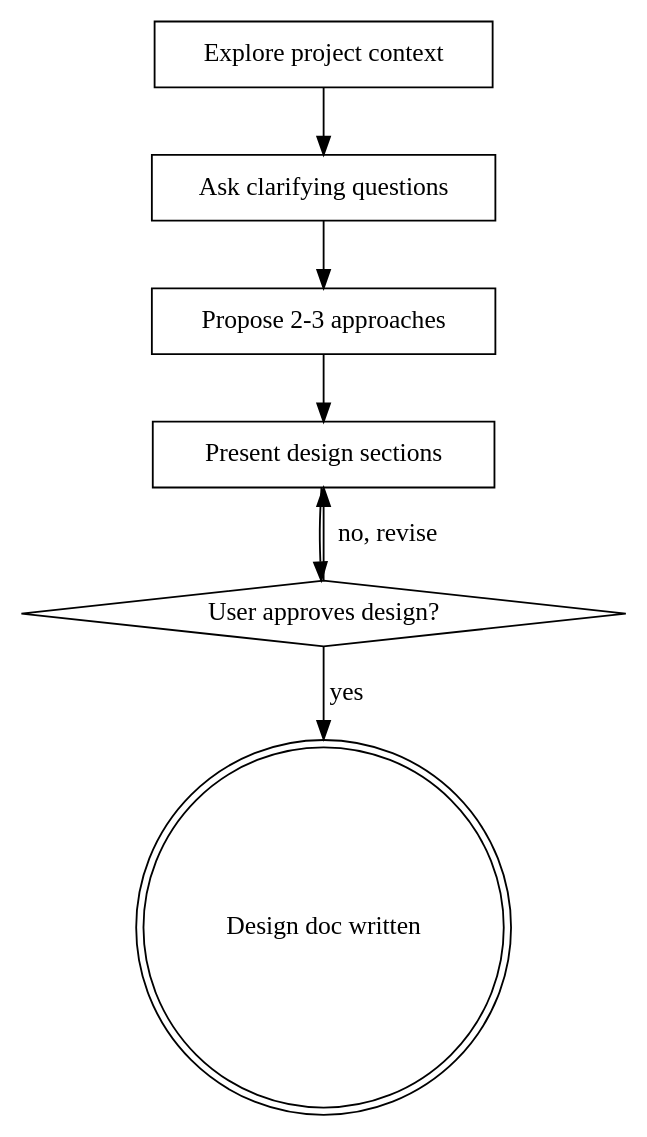
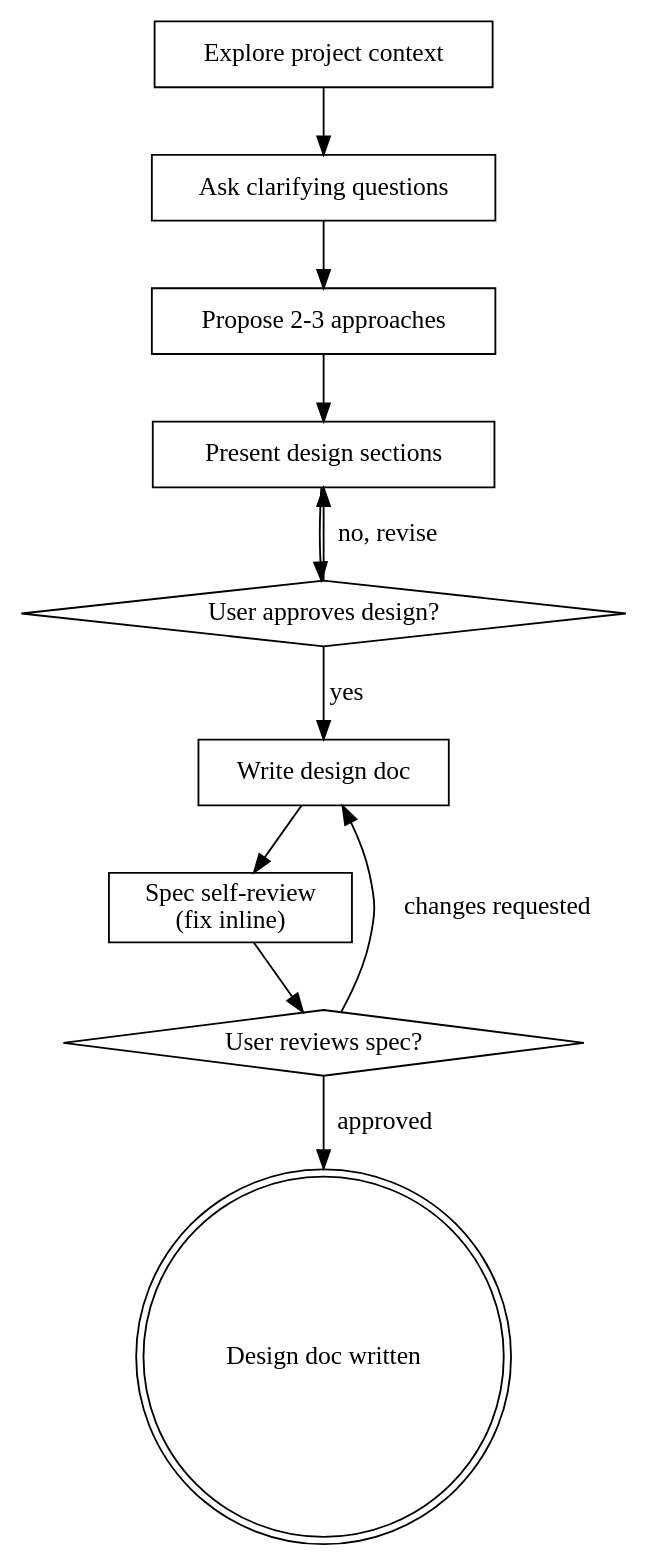
Before and after one commit to cinjoff/fhhs-skills: the diagram in skills/brainstorming/PROMPT.md, drawn with Graphviz. The commit also changed other lines of this file and 147 other files, not shown here.

````diff
--- a/skills/brainstorming/PROMPT.md
+++ b/skills/brainstorming/PROMPT.md
@@ -37,17 +35,24 @@
 ```dot
 digraph brainstorming {
     "Explore project context" [shape=box];
     "Ask clarifying questions" [shape=box];
     "Propose 2-3 approaches" [shape=box];
     "Present design sections" [shape=box];
     "User approves design?" [shape=diamond];
+    "Write design doc" [shape=box];
+    "Spec self-review\n(fix inline)" [shape=box];
+    "User reviews spec?" [shape=diamond];
     "Design doc written" [shape=doublecircle];
 
     "Explore project context" -> "Ask clarifying questions";
     "Ask clarifying questions" -> "Propose 2-3 approaches";
     "Propose 2-3 approaches" -> "Present design sections";
     "Present design sections" -> "User approves design?";
     "User approves design?" -> "Present design sections" [label="no, revise"];
-    "User approves design?" -> "Design doc written" [label="yes"];
+    "User approves design?" -> "Write design doc" [label="yes"];
+    "Write design doc" -> "Spec self-review\n(fix inline)";
+    "Spec self-review\n(fix inline)" -> "User reviews spec?";
+    "User reviews spec?" -> "Write design doc" [label="changes requested"];
+    "User reviews spec?" -> "Design doc written" [label="approved"];
 }
 ```
````
